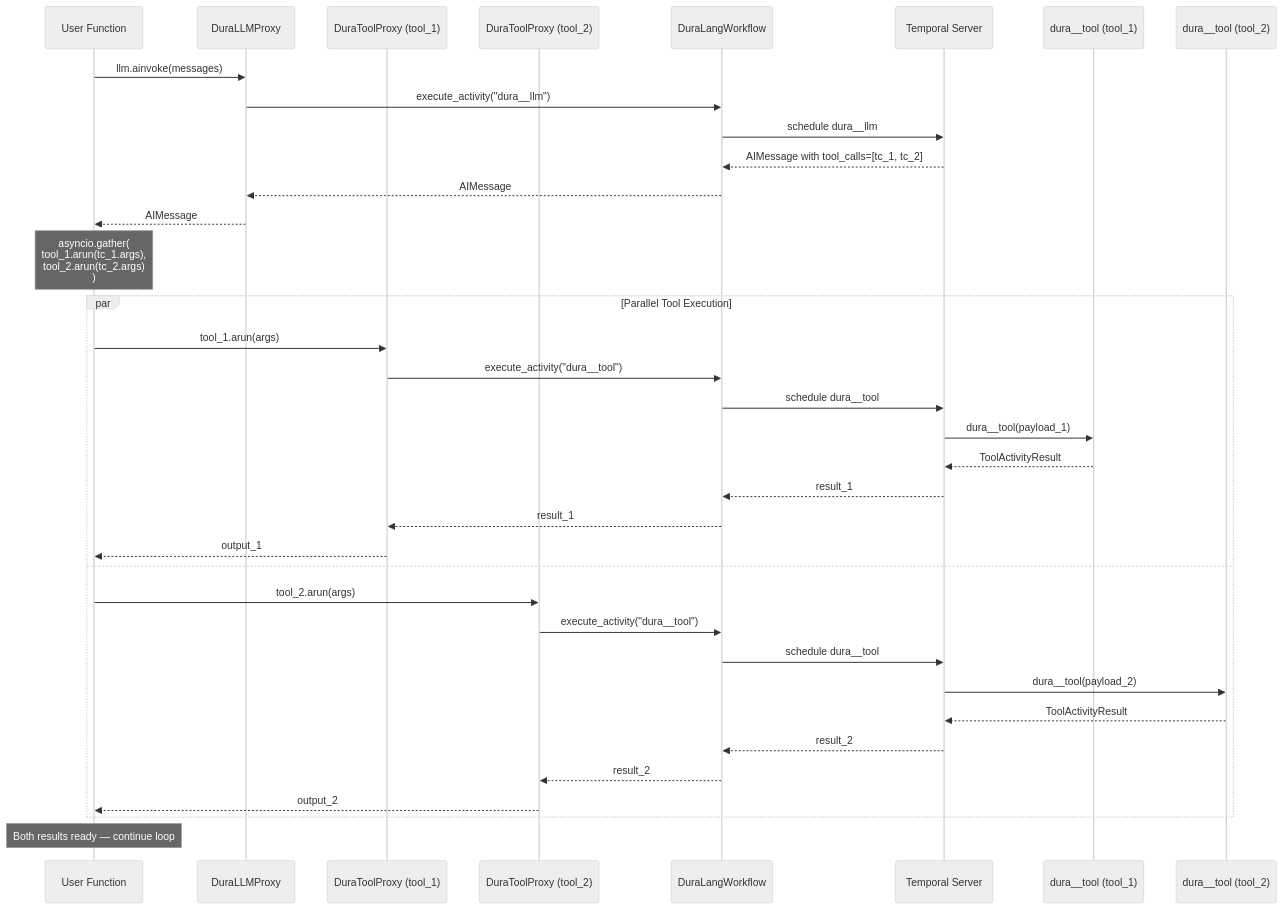
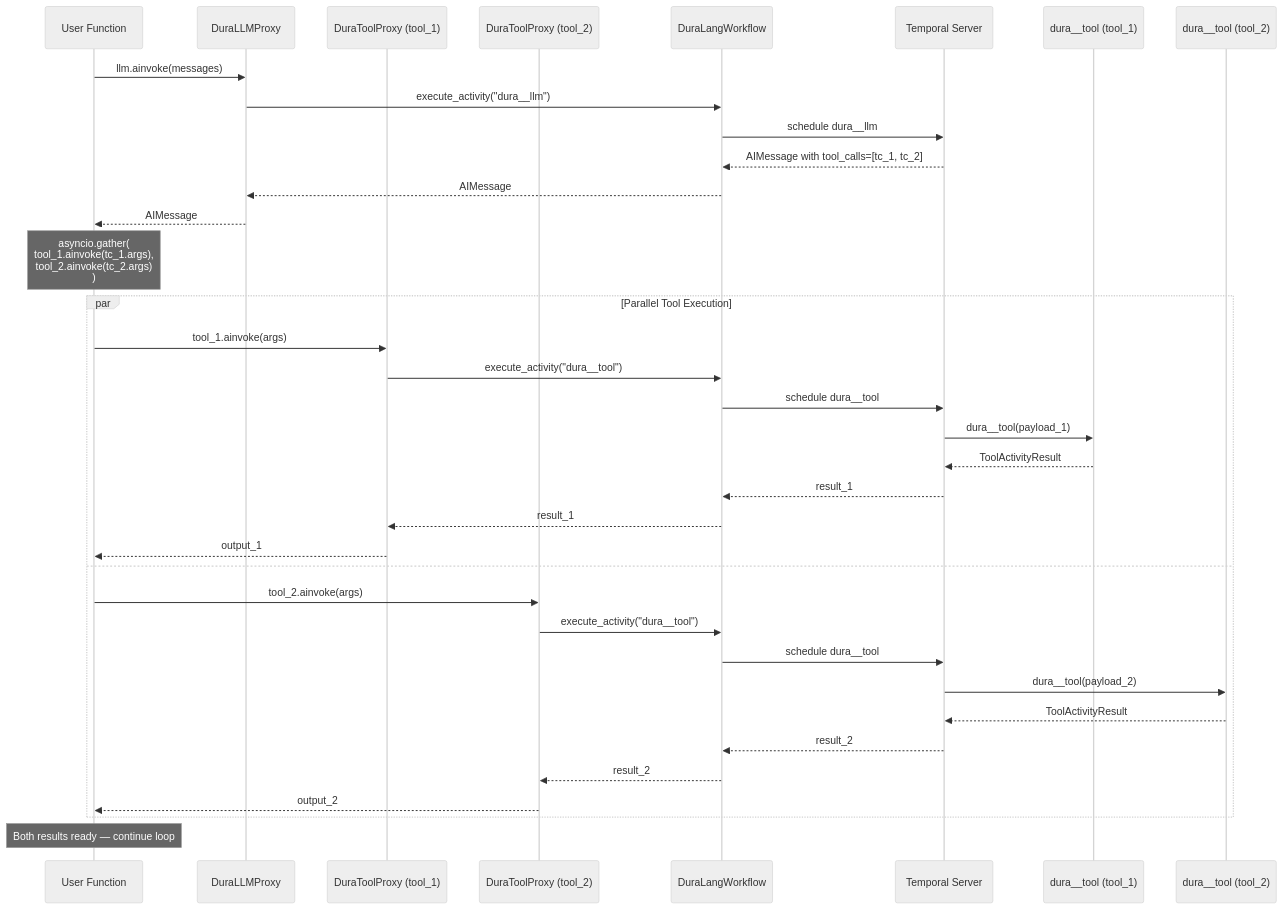
One commit to deepansh-saxena/DuraLang changed the third of 8 diagrams in docs/architecture.md. Above: the diagram before and after it, drawn with Mermaid (neutral theme). The commit also changed other lines of this file and 33 other files, not shown here.

````diff
--- a/docs/architecture.md
+++ b/docs/architecture.md
@@ -116,42 +120,42 @@
 ```mermaid
 sequenceDiagram
     participant UserFn as User Function
     participant LLMProxy as DuraLLMProxy
     participant ToolProxy1 as DuraToolProxy (tool_1)
     participant ToolProxy2 as DuraToolProxy (tool_2)
     participant WF as DuraLangWorkflow
     participant T as Temporal Server
     participant A1 as dura__tool (tool_1)
     participant A2 as dura__tool (tool_2)
 
     UserFn->>LLMProxy: llm.ainvoke(messages)
     LLMProxy->>WF: execute_activity("dura__llm")
     WF->>T: schedule dura__llm
     T-->>WF: AIMessage with tool_calls=[tc_1, tc_2]
     WF-->>LLMProxy: AIMessage
     LLMProxy-->>UserFn: AIMessage
 
-    Note over UserFn: asyncio.gather(<br/>  tool_1.arun(tc_1.args),<br/>  tool_2.arun(tc_2.args)<br/>)
+    Note over UserFn: asyncio.gather(<br/>  tool_1.ainvoke(tc_1.args),<br/>  tool_2.ainvoke(tc_2.args)<br/>)
 
     par Parallel Tool Execution
-        UserFn->>ToolProxy1: tool_1.arun(args)
+        UserFn->>ToolProxy1: tool_1.ainvoke(args)
         ToolProxy1->>WF: execute_activity("dura__tool")
         WF->>T: schedule dura__tool
         T->>A1: dura__tool(payload_1)
         A1-->>T: ToolActivityResult
         T-->>WF: result_1
         WF-->>ToolProxy1: result_1
         ToolProxy1-->>UserFn: output_1
     and
-        UserFn->>ToolProxy2: tool_2.arun(args)
+        UserFn->>ToolProxy2: tool_2.ainvoke(args)
         ToolProxy2->>WF: execute_activity("dura__tool")
         WF->>T: schedule dura__tool
         T->>A2: dura__tool(payload_2)
         A2-->>T: ToolActivityResult
         T-->>WF: result_2
         WF-->>ToolProxy2: result_2
         ToolProxy2-->>UserFn: output_2
     end
 
     Note over UserFn: Both results ready — continue loop
 ```
````
